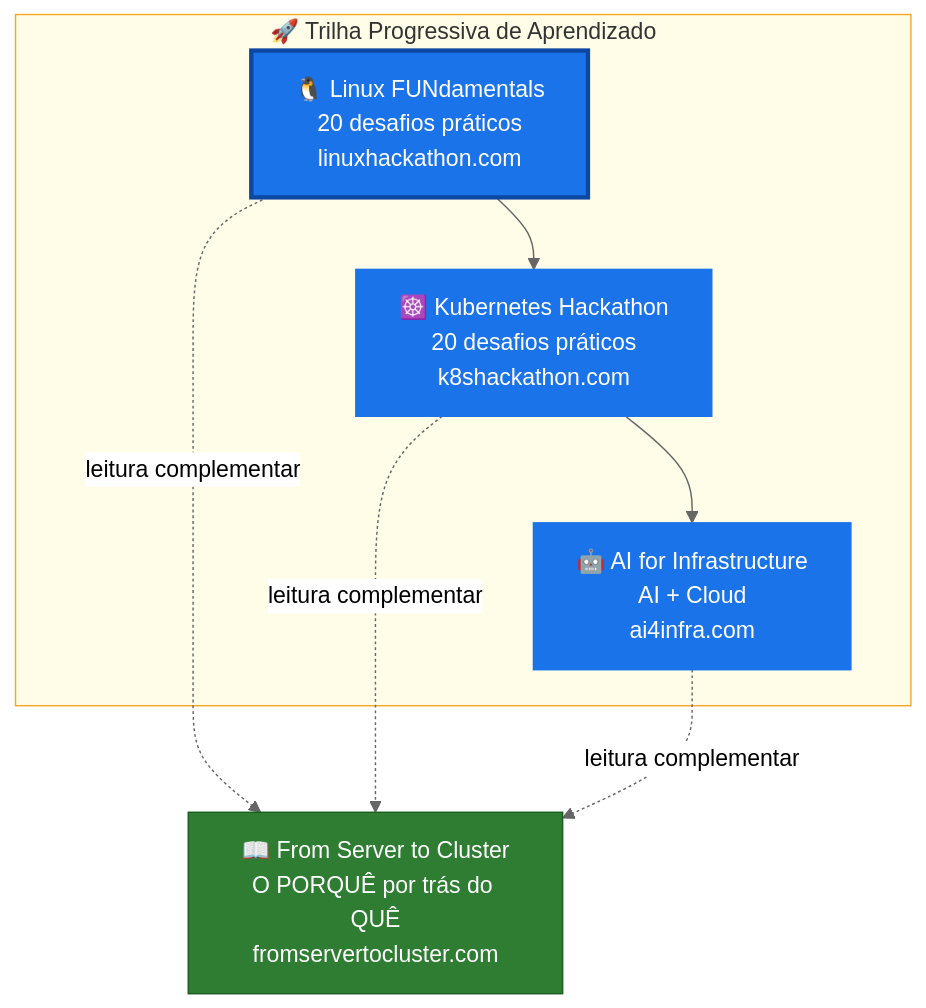
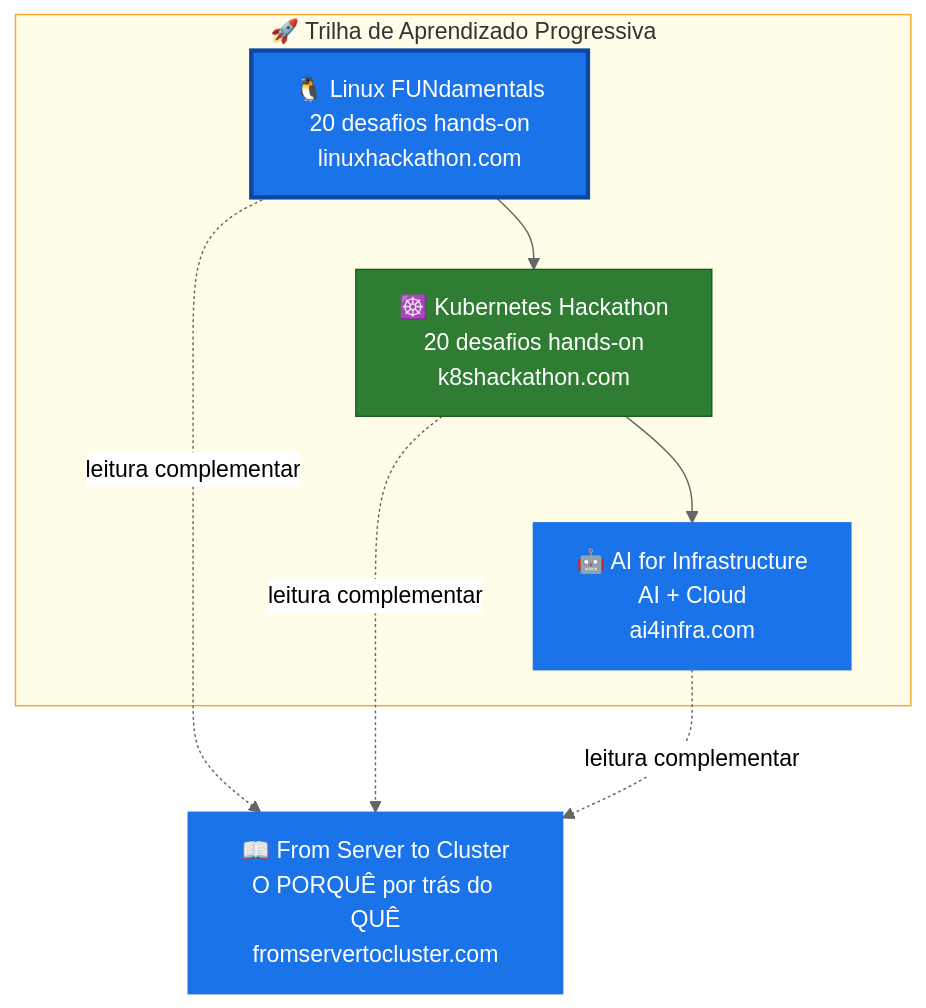
Before and after one commit to ricmmartins/fasthack-linux: the diagram in README.md, drawn with Mermaid (neutral theme).

Commit message:
corrige diagrama para seguir padrão do k8shackathon

````diff
--- a/README.md
+++ b/README.md
@@ -96,17 +96,17 @@
 ```mermaid
 flowchart TD
-    subgraph path["🚀 Trilha Progressiva de Aprendizado"]
-        A["🐧 Linux FUNdamentals\n20 desafios práticos\nlinuxhackathon.com"]:::highlight --> B["☸️ Kubernetes Hackathon\n20 desafios práticos\nk8shackathon.com"]:::blue
+    subgraph path["🚀 Trilha de Aprendizado Progressiva"]
+        A["🐧 Linux FUNdamentals\n20 desafios hands-on\nlinuxhackathon.com"]:::highlight --> B["☸️ Kubernetes Hackathon\n20 desafios hands-on\nk8shackathon.com"]:::green
         B --> C["🤖 AI for Infrastructure\nAI + Cloud\nai4infra.com"]:::blue
     end
-    D["📖 From Server to Cluster\nO PORQUÊ por trás do QUÊ\nfromservertocluster.com"]:::green
+    D["📖 From Server to Cluster\nO PORQUÊ por trás do QUÊ\nfromservertocluster.com"]:::blue
     A -. "leitura complementar" .-> D
     B -. "leitura complementar" .-> D
     C -. "leitura complementar" .-> D
 
     classDef highlight fill:#1a73e8,stroke:#0d47a1,color:#fff,stroke-width:3px
+    classDef green fill:#2e7d32,stroke:#1b5e20,color:#fff
     classDef blue fill:#1a73e8,stroke:#1a73e8,color:#fff
-    classDef green fill:#2e7d32,stroke:#1b5e20,color:#fff
 
     style path fill:#fffde7,stroke:#f9a825,color:#333
 ```
````
